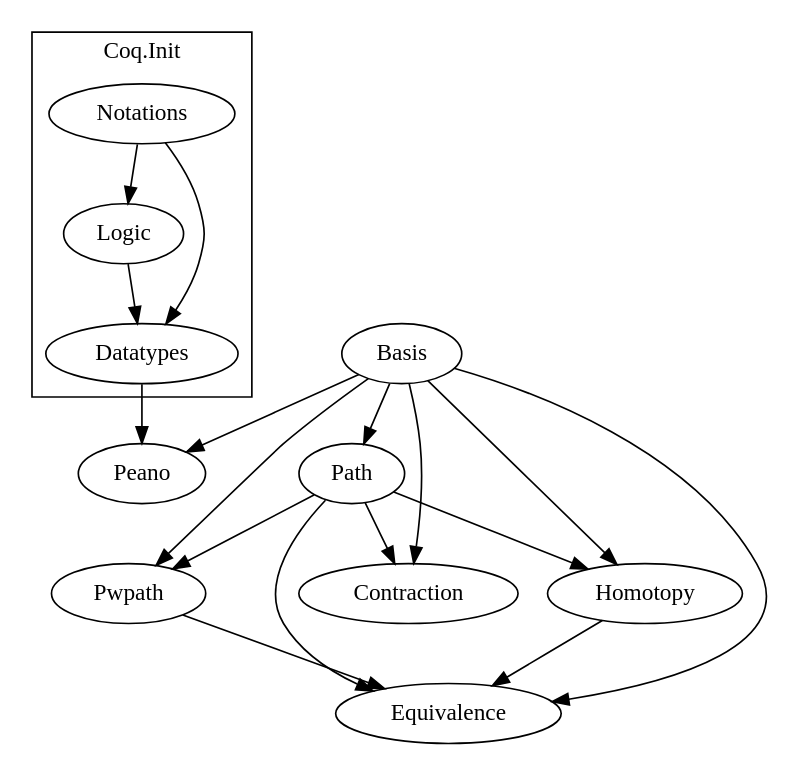
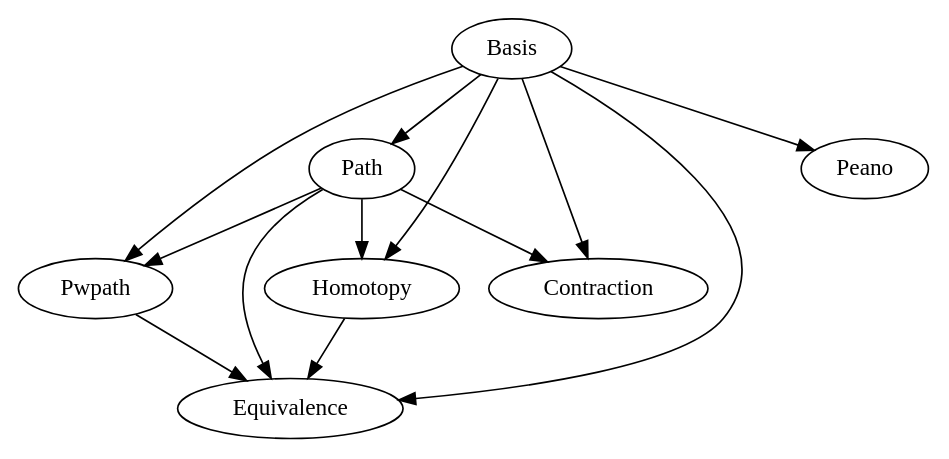
Before and after one commit to Hexirp/seityou: the diagram in seityou.gv, drawn with Graphviz.

Commit message:
Update: もはや依存してないので

```diff
--- a/seityou.gv
+++ b/seityou.gv
@@ -1,33 +1,21 @@
-digraph G {
-
-  subgraph cluster_std {
-
-    Notations -> Logic;
-
-    Notations -> Datatypes;
-    Logic -> Datatypes;
-
-    label = "Coq.Init";
-
-  }
+digraph deps {
 
   Basis -> Path;
 
   Path -> Homotopy;
   Basis -> Homotopy;
 
   Basis -> Pwpath;
   Path -> Pwpath;
 
   Basis -> Contraction;
   Path -> Contraction;
 
   Basis -> Equivalence;
   Path -> Equivalence;
   Pwpath -> Equivalence;
   Homotopy -> Equivalence;
 
   Basis -> Peano;
-  Datatypes -> Peano;
 
 }
```
